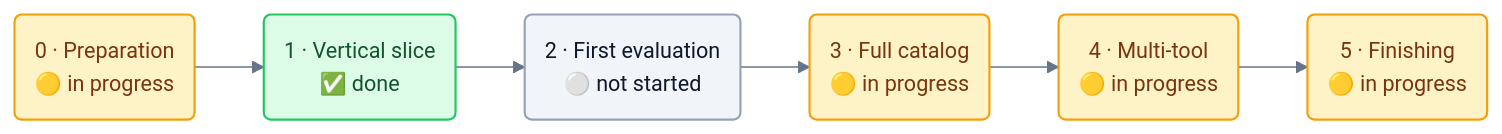
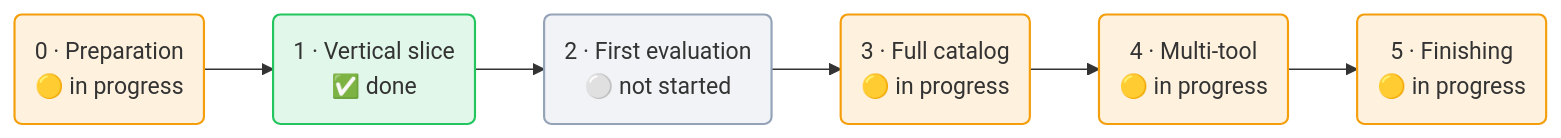
Before and after one commit to HW-Agents-Forge/general-agents: the diagram in docs/roadmap.md, drawn with Mermaid. The commit also changed 9 other files, not shown here.

First line of the commit message:
Make the Mermaid diagrams transparent and theme-aware

````diff
--- a/docs/roadmap.md
+++ b/docs/roadmap.md
@@ -5,15 +5,15 @@
 ```mermaid
-%%{init: {"theme":"base","themeVariables":{"fontFamily":"ui-sans-serif, system-ui, -apple-system, Segoe UI, Helvetica, Arial, sans-serif","fontSize":"15px","textColor":"#1e293b","lineColor":"#64748b","primaryColor":"#dbeafe","primaryBorderColor":"#3b82f6","primaryTextColor":"#1e3a8a","secondaryColor":"#ede9fe","tertiaryColor":"#f8fafc","edgeLabelBackground":"#f8fafc","clusterBkg":"#f8fafc","clusterBorder":"#cbd5e1","titleColor":"#334155"},"flowchart":{"curve":"basis","padding":14,"nodeSpacing":36,"rankSpacing":48,"htmlLabels":true}}}%%
+%%{init: {"flowchart":{"curve":"basis","padding":14,"nodeSpacing":36,"rankSpacing":48}}}%%
 flowchart LR
     M0("0 · Preparation<br/>🟡 in progress") --> M1("1 · Vertical slice<br/>✅ done")
     M1 --> M2("2 · First evaluation<br/>⚪ not started")
     M2 --> M3("3 · Full catalog<br/>🟡 in progress")
     M3 --> M4("4 · Multi-tool<br/>🟡 in progress")
     M4 --> M5("5 · Finishing<br/>🟡 in progress")
-    classDef done fill:#dcfce7,stroke:#22c55e,stroke-width:1.5px,color:#14532d
-    classDef wip fill:#fef3c7,stroke:#f59e0b,stroke-width:1.5px,color:#78350f
-    classDef todo fill:#f1f5f9,stroke:#94a3b8,stroke-width:1.5px,color:#0f172a
+    classDef done fill:#22c55e22,stroke:#22c55e,stroke-width:1.5px
+    classDef wip fill:#f59e0b22,stroke:#f59e0b,stroke-width:1.5px
+    classDef todo fill:#94a3b822,stroke:#94a3b8,stroke-width:1.5px
     class M1 done
     class M0,M3,M4,M5 wip
     class M2 todo
 ```
````
